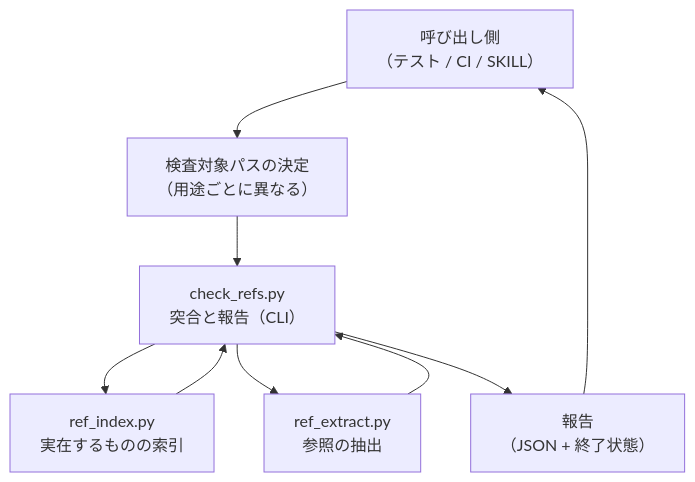
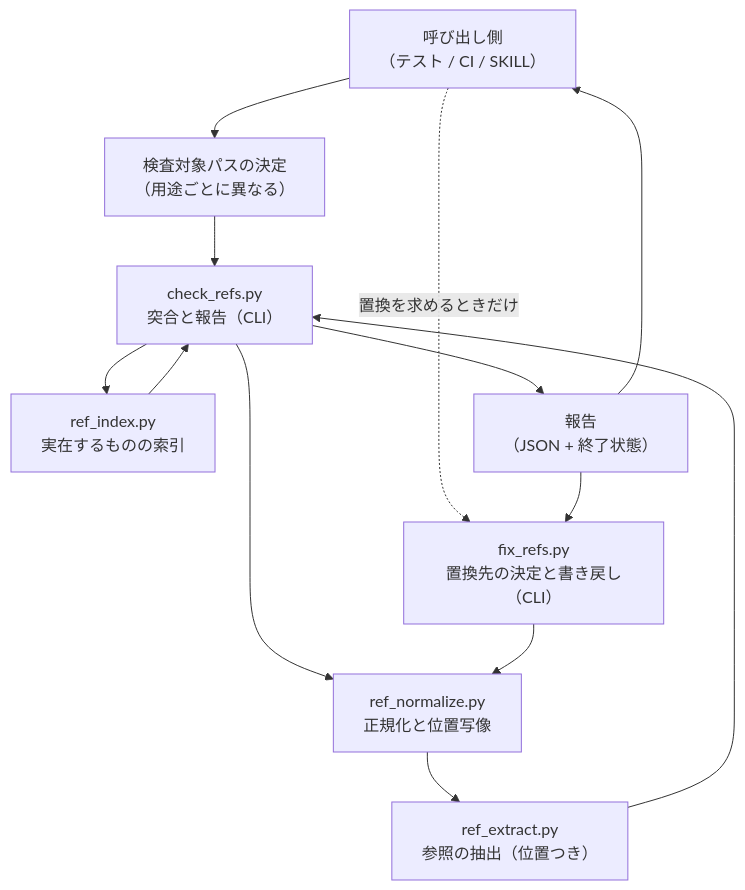
One commit to BlueEventHorizon/bw-cc-plugins changed the first of 3 diagrams in docs/specs/forge/doc-reference-integrity/design/DES-081_doc_reference_integrity_design.md. Above: the diagram before and after it, drawn with Mermaid. The commit also changed other lines of this file and 9 other files, not shown here.

````diff
--- a/docs/specs/forge/doc-reference-integrity/design/DES-081_doc_reference_integrity_design.md
+++ b/docs/specs/forge/doc-reference-integrity/design/DES-081_doc_reference_integrity_design.md
@@ -66,18 +70,24 @@
 ```mermaid
 flowchart TB
     Caller["呼び出し側<br/>（テスト / CI / SKILL）"]
     Paths["検査対象パスの決定<br/>（用途ごとに異なる）"]
+    Norm["ref_normalize.py<br/>正規化と位置写像"]
     Index["ref_index.py<br/>実在するものの索引"]
-    Extract["ref_extract.py<br/>参照の抽出"]
+    Extract["ref_extract.py<br/>参照の抽出（位置つき）"]
     Check["check_refs.py<br/>突合と報告（CLI）"]
+    Fix["fix_refs.py<br/>置換先の決定と書き戻し（CLI）"]
     Report["報告<br/>（JSON + 終了状態）"]
 
     Caller --> Paths
     Paths --> Check
     Check --> Index
-    Check --> Extract
+    Check --> Norm
+    Norm --> Extract
+    Extract --> Check
     Index --> Check
-    Extract --> Check
     Check --> Report
     Report --> Caller
+    Caller -.->|置換を求めるときだけ| Fix
+    Report --> Fix
+    Fix --> Norm
 ```
````
